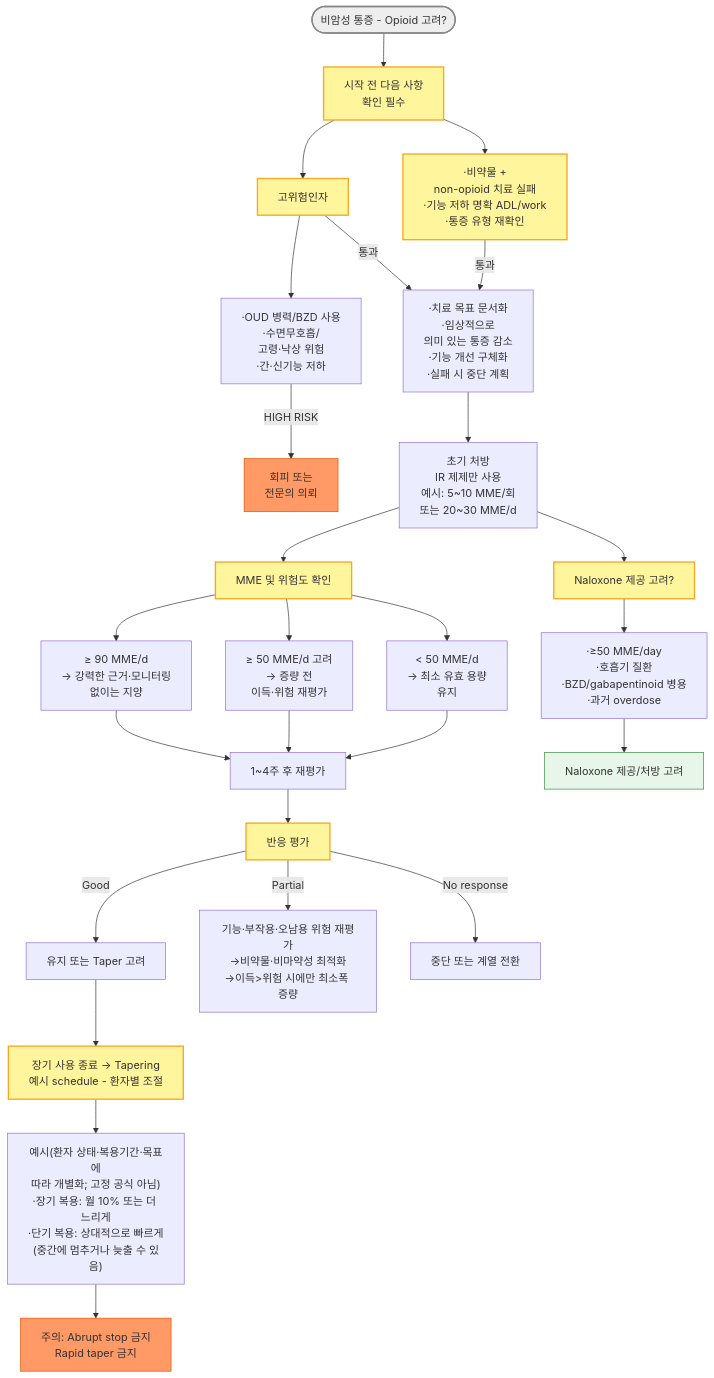
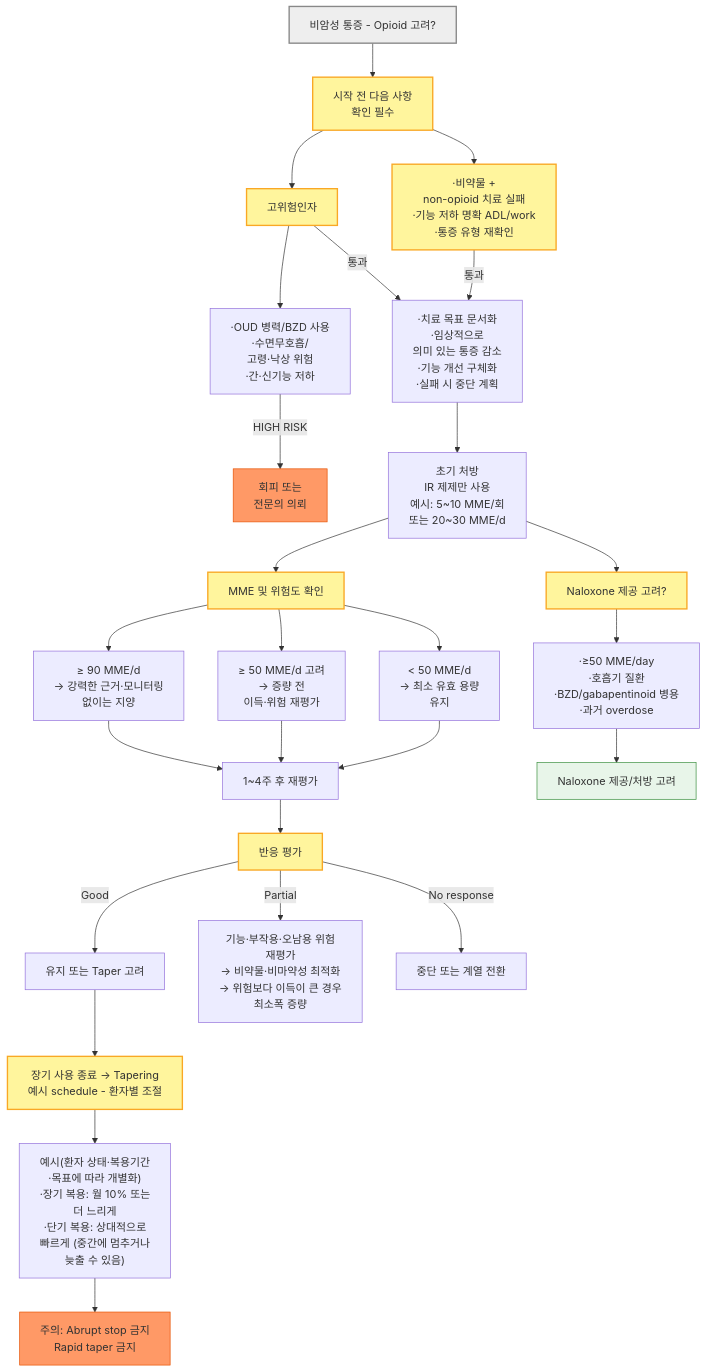
One commit to familyoh77/familyoh77 changed the second of 2 diagrams in 220_/001_-pain.md. Above: the diagram before and after it, drawn with Mermaid. The commit also changed other lines of this file, not shown here.

````diff
--- a/220_/001_-pain.md
+++ b/220_/001_-pain.md
@@ -427,32 +427,31 @@
 ```mermaid
 flowchart TD
-    A([비암성 통증 - Opioid 고려?]) --> B[시작 전 다음 사항 \n확인 필수]
-    B --> B1[·비약물 + \nnon-opioid 치료 실패\n·기능 저하 명확 ADL/work\n·통증 유형 재확인]
+    A[비암성 통증 - Opioid 고려?] --> B[시작 전 다음 사항 <br/>확인 필수]
+    B --> B1[·비약물 + <br/>non-opioid 치료 실패<br/>·기능 저하 명확 ADL/work<br/>·통증 유형 재확인]
     B --> B2[고위험인자]
-    B2 --> BH[·OUD 병력/BZD 사용\n·수면무호흡/\n고령·낙상 위험\n·간·신기능 저하]
-    BH -->|HIGH RISK| C[회피 또는 \n전문의 의뢰]
-    B1 & B2 -->|통과| D[·치료 목표 문서화\n·임상적으로 \n의미 있는 통증 감소\n·기능 개선 구체화\n·실패 시 중단 계획]
-    D --> E[초기 처방\nIR 제제만 사용\n예시: 5~10 MME/회\n또는 20~30 MME/d]
+    B2 --> BH[·OUD 병력/BZD 사용<br/>·수면무호흡/<br/>고령·낙상 위험<br/>·간·신기능 저하]
+    BH -->|HIGH RISK| C[회피 또는 <br/>전문의 의뢰]
+    B1 & B2 -->|통과| D[·치료 목표 문서화<br/>·임상적으로 <br/>의미 있는 통증 감소<br/>·기능 개선 구체화<br/>·실패 시 중단 계획]
+    D --> E[초기 처방<br/>IR 제제만 사용<br/>예시: 5~10 MME/회<br/>또는 20~30 MME/d]
     E --> F[MME 및 위험도 확인]
-    F --> F1["&lt; 50 MME/d \n→ 최소 유효 용량 \n유지"]
-    F --> F2["≥ 50 MME/d 고려 \n→ 증량 전 \n이득·위험 재평가"]
-    F --> F3["≥ 90 MME/d \n→ 강력한 근거·모니터링 \n없이는 지양"]
+    F --> F1["&lt; 50 MME/d <br/>→ 최소 유효 용량 <br/>유지"]
+    F --> F2["≥ 50 MME/d 고려 <br/>→ 증량 전 <br/>이득·위험 재평가"]
+    F --> F3["≥ 90 MME/d <br/>→ 강력한 근거·모니터링 <br/>없이는 지양"]
     F1 & F2 & F3 --> G[1~4주 후 재평가]
     G --> H[반응 평가]
     H -->|Good| I[유지 또는 Taper 고려]
-    H -->|Partial| J["기능·부작용·오남용 위험 재평가\n→비약물·비마약성 최적화\n→이득&gt;위험 시에만 최소폭 증량"]
+    H -->|Partial| J["기능·부작용·오남용 위험 <br/>재평가<br/>→ 비약물·비마약성 최적화<br/>→ 위험보다 이득이 큰 경우 <br/>최소폭 증량"]
     H -->|No response| K[중단 또는 계열 전환]
     E --> L[Naloxone 제공 고려?]
-    L --> L1[·≥50 MME/day\n·호흡기 질환\n·BZD/gabapentinoid 병용\n·과거 overdose]
+    L --> L1[·≥50 MME/day<br/>·호흡기 질환<br/>·BZD/gabapentinoid 병용<br/>·과거 overdose]
     L1 --> M[Naloxone 제공/처방 고려]
-    I --> N[장기 사용 종료 → Tapering\n예시 schedule - 환자별 조절]
-    N --> N1["예시(환자 상태·복용기간·목표에\n따라 개별화; 고정 공식 아님)\n·장기 복용: 월 10% 또는 더 느리게\n·단기 복용: 상대적으로 빠르게\n(중간에 멈추거나 늦출 수 있음)"]
-    N1 --> O[주의: Abrupt stop 금지\n Rapid taper 금지]
+    I --> N[장기 사용 종료 → Tapering<br/>예시 schedule - 환자별 조절]
+    N --> N1["예시(환자 상태·복용기간<br/>·목표에 따라 개별화)<br/>·장기 복용: 월 10% 또는 <br/>더 느리게<br/>·단기 복용: 상대적으로 <br/>빠르게 (중간에 멈추거나 <br/>늦출 수 있음)"]
+    N1 --> O[주의: Abrupt stop 금지<br/> Rapid taper 금지]
     style C fill:#f96,stroke:#e65100
     style O fill:#f96,stroke:#e65100
     style M fill:#e8f5e9,stroke:#388e3c
 classDef yellow fill:#fff59d,stroke:#f9a825,stroke-width:2px
 class B,B1,B2,F,H,L,N yellow
-
     style A fill:#eeeeee,stroke:#888888,stroke-width:2px
 ```
````
